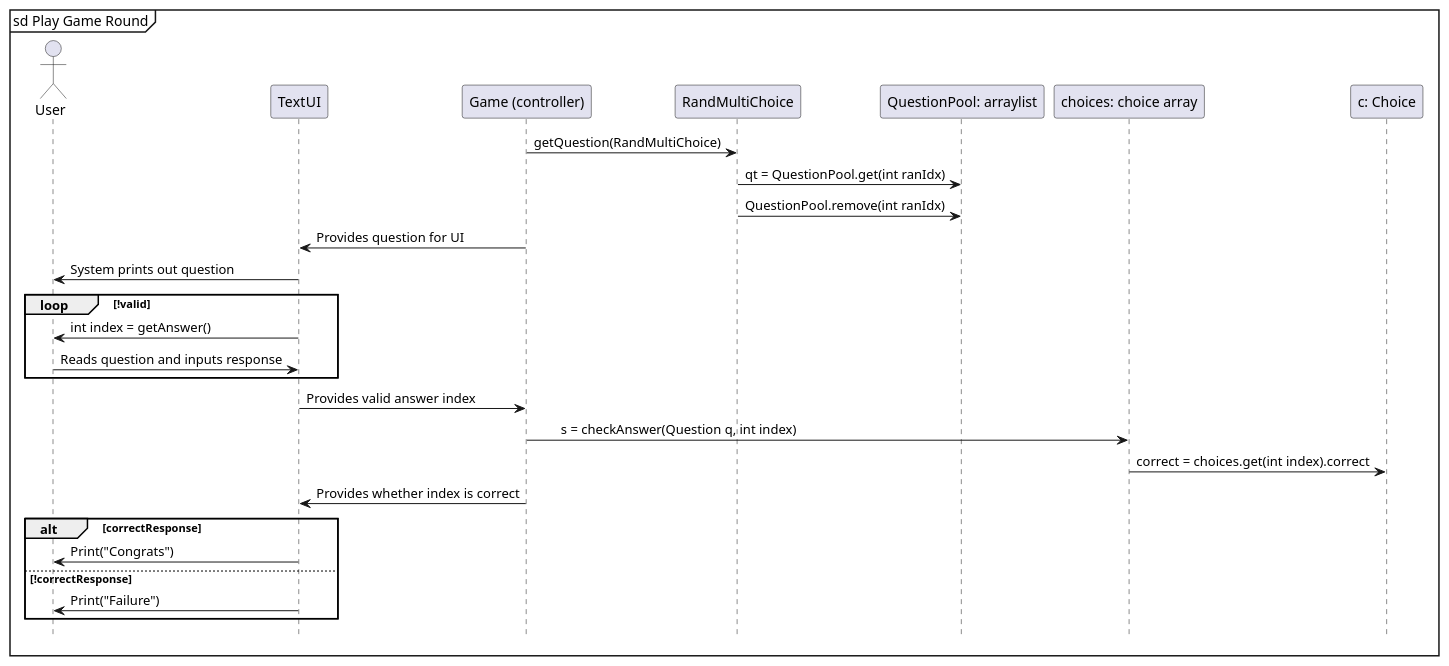
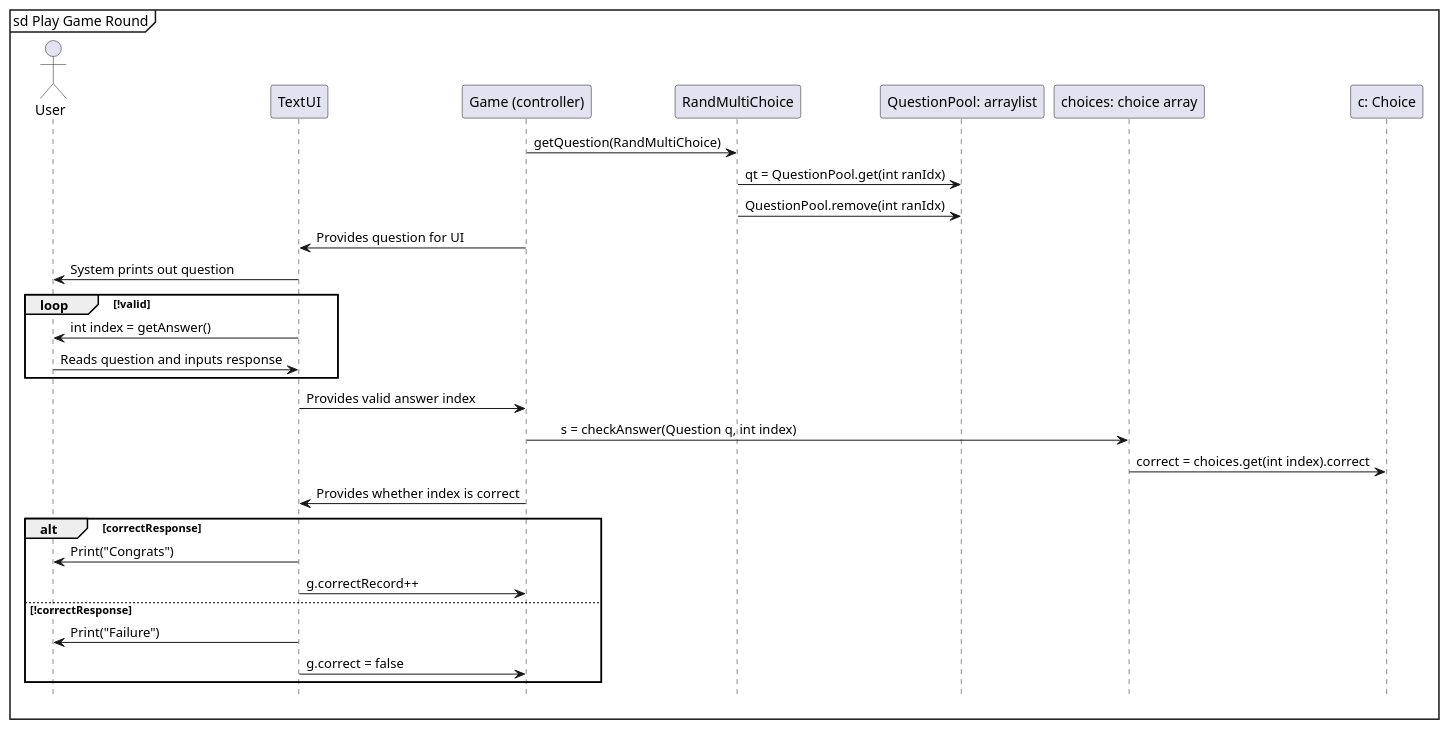
One commit to aczar09/Trivia-Game-Android changed the sixth of 7 diagrams in doc/design.md. Above: the diagram before and after it, drawn with PlantUML. The commit also changed other lines of this file, not shown here.

Commit message:
More sequence diagram edits

````diff
--- a/doc/design.md
+++ b/doc/design.md
@@ -155,35 +167,37 @@
 ```plantuml
 @startuml
 hide footbox
 mainframe sd Play Game Round
 actor "User" as us 
 participant "TextUI" as tui 
 participant "Game (controller)" as clr
 participant RandMultiChoice as rmc
 participant "QuestionPool: arraylist" as qp
 
 clr -> rmc: getQuestion(RandMultiChoice)
 rmc -> qp: qt = QuestionPool.get(int ranIdx)
 rmc -> qp: QuestionPool.remove(int ranIdx)
 
 clr -> tui: Provides question for UI
 tui -> us: System prints out question
 loop !valid
 tui -> us: int index = getAnswer()
 us -> tui: Reads question and inputs response
 end
 tui -> clr: Provides valid answer index
 participant "choices: choice array" as chc
 clr -> chc:\ts = checkAnswer(Question q, int index)
 participant "c: Choice" as cc 
 chc -> cc: correct = choices.get(int index).correct
 clr -> tui: Provides whether index is correct 
 alt correctResponse
 tui -> us: Print("Congrats")
+tui -> clr: g.correctRecord++ 
 else !correctResponse
 tui -> us: Print("Failure")
+tui -> clr: g.correct = false
 end
 
 
 @enduml
 ``` 
````
